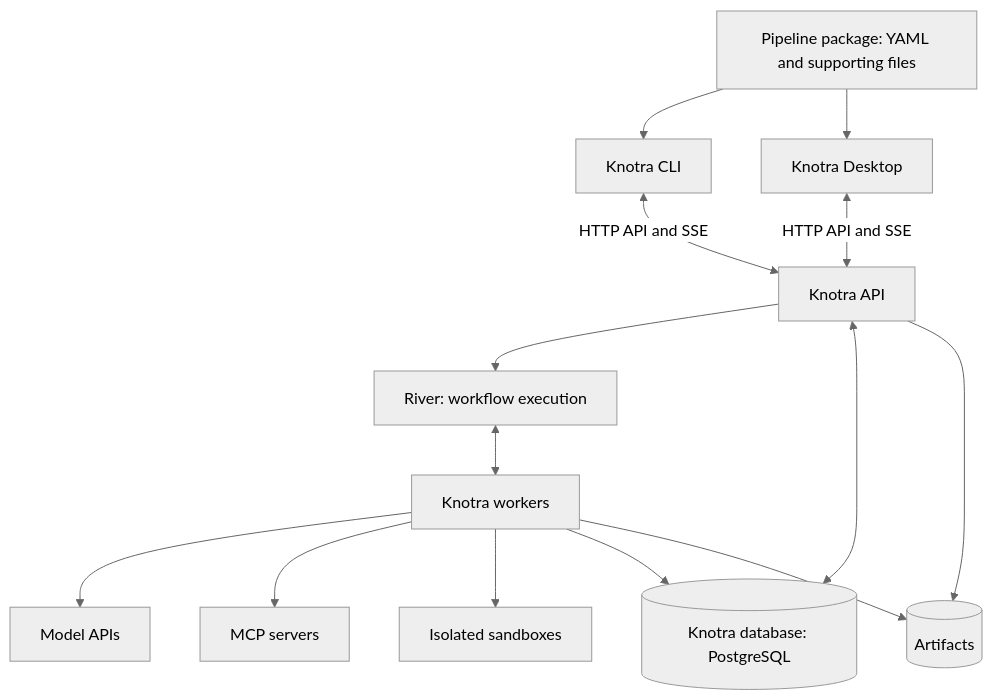
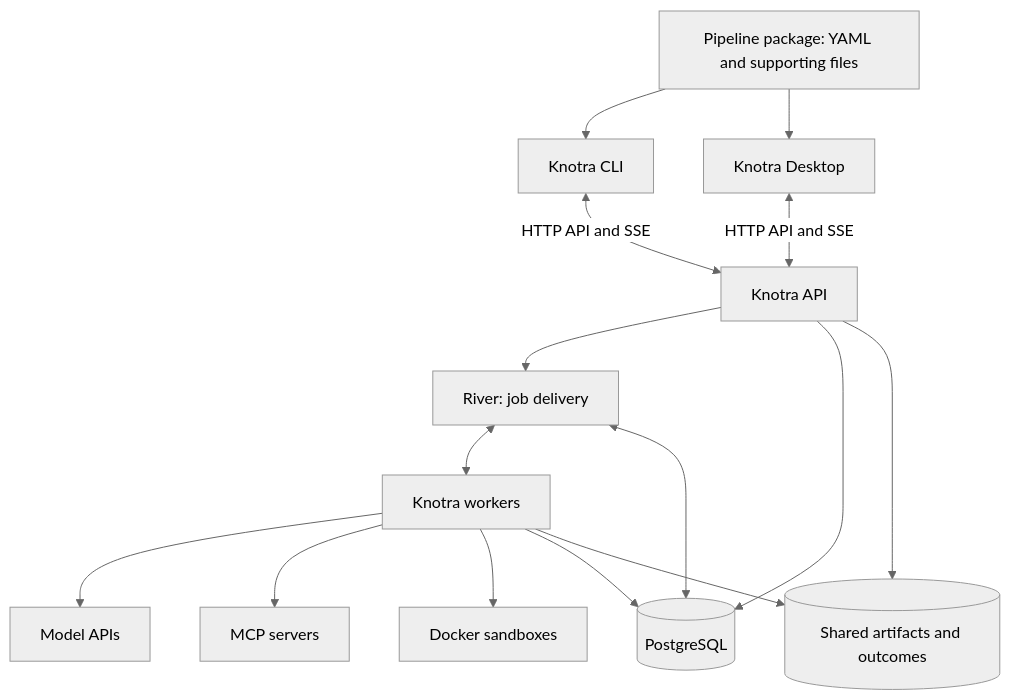
One commit to zqf20096327/ai_collect changed the diagram in data/readmes/michael-bill__knotra.md. Above: the diagram before and after it, drawn with Mermaid (neutral theme). The commit also changed other lines of this file and 2708 other files, not shown here.

````diff
--- a/data/readmes/michael-bill__knotra.md
+++ b/data/readmes/michael-bill__knotra.md
@@ -153,16 +99,17 @@
 ```mermaid
 flowchart TD
     Package["Pipeline package: YAML and supporting files"] --> CLI["Knotra CLI"]
     Package --> Desktop["Knotra Desktop"]
     Desktop <-->|HTTP API and SSE| API
     CLI <-->|HTTP API and SSE| API["Knotra API"]
-    API --> River["River: workflow execution"]
+    API --> River["River: job delivery"]
     River <--> Workers["Knotra workers"]
     Workers --> Models["Model APIs"]
     Workers --> MCP["MCP servers"]
-    Workers --> Sandbox["Isolated sandboxes"]
-    API <--> DB[("Knotra database: PostgreSQL")]
+    Workers --> Sandbox["Docker sandboxes"]
+    API --> DB[("PostgreSQL")]
+    River <--> DB
     Workers --> DB
-    API --> Artifacts[("Artifacts")]
+    API --> Artifacts[("Shared artifacts and outcomes")]
     Workers --> Artifacts
 ```
````
